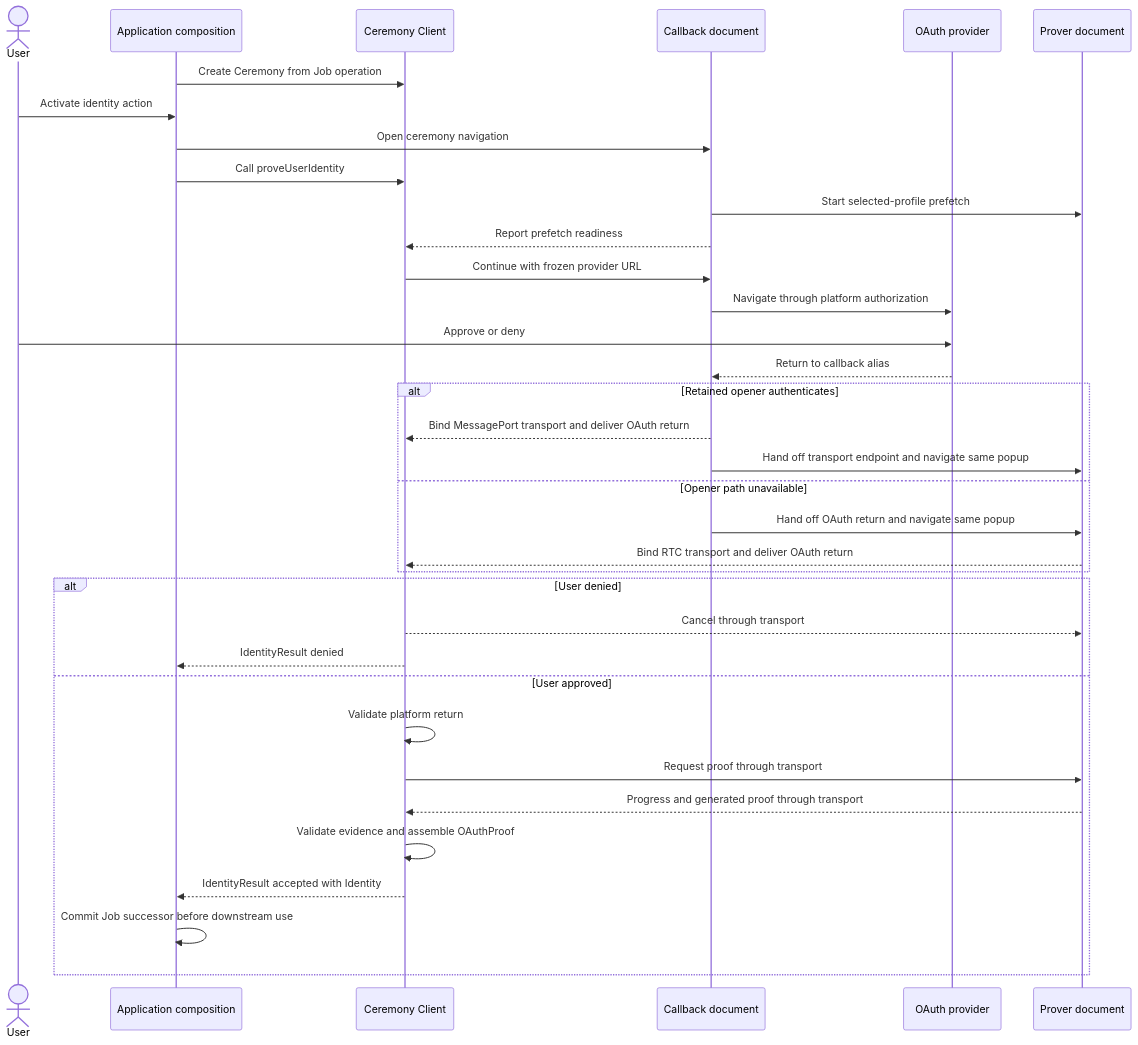
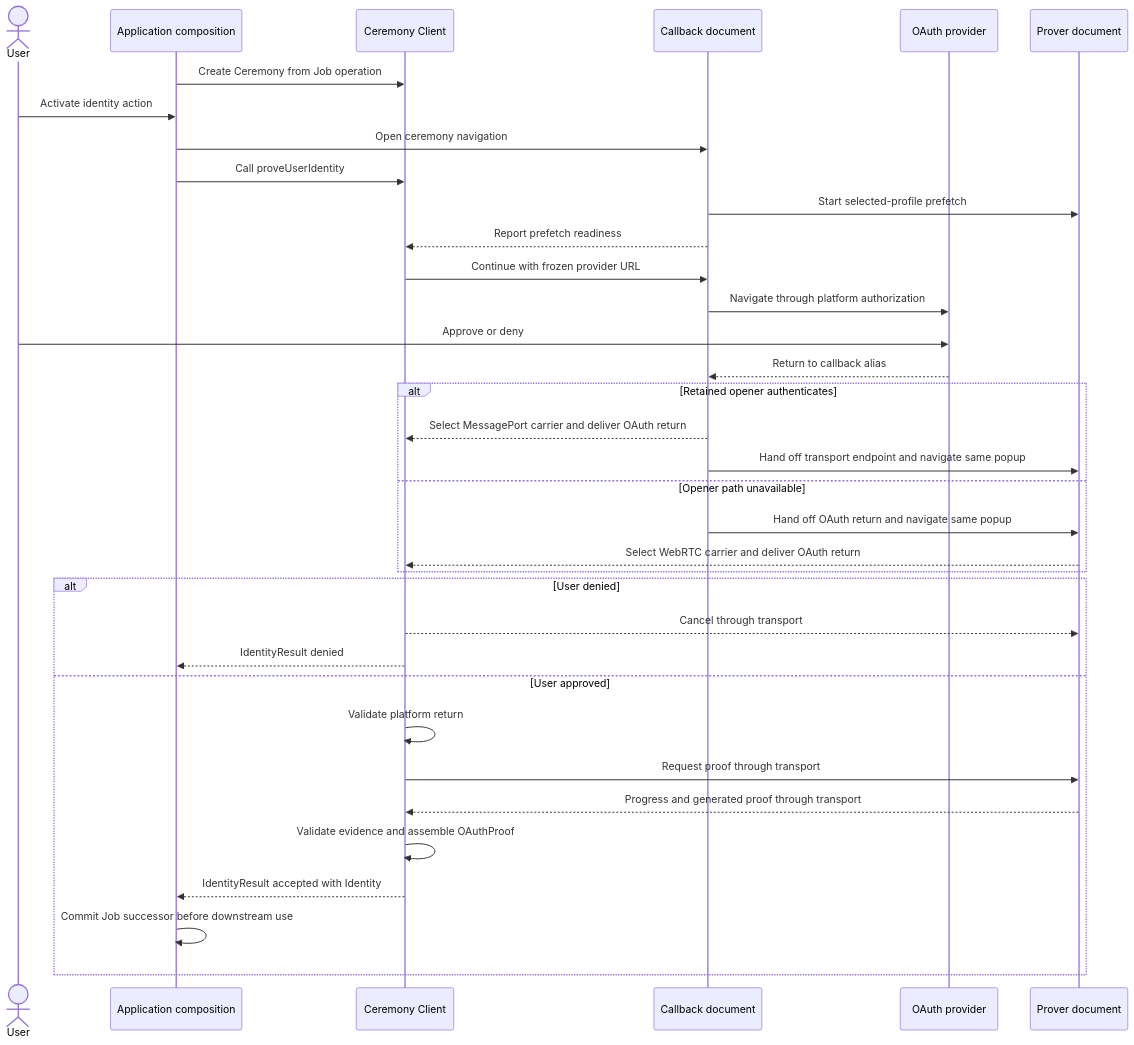
Before and after one commit to libid-org/libid: the diagram in ts/packages/ceremony/ARCHITECTURE.md, drawn with Mermaid. The commit also changed other lines of this file and 10 other files, not shown here.

````diff
--- a/ts/packages/ceremony/ARCHITECTURE.md
+++ b/ts/packages/ceremony/ARCHITECTURE.md
@@ -41,38 +43,38 @@
 ```mermaid
 sequenceDiagram
     actor U as User
     participant A as Application composition
     participant C as Ceremony Client
     participant P as Callback document
     participant O as OAuth provider
     participant R as Prover document
 
     A->>C: Create Ceremony from Job operation
     U->>A: Activate identity action
     A->>P: Open ceremony navigation
     A->>C: Call proveUserIdentity
     P->>R: Start selected-profile prefetch
     P-->>C: Report prefetch readiness
     C->>P: Continue with frozen provider URL
     P->>O: Navigate through platform authorization
     U->>O: Approve or deny
     O-->>P: Return to callback alias
     alt Retained opener authenticates
-        P-->>C: Bind MessagePort transport and deliver OAuth return
+        P-->>C: Select MessagePort carrier and deliver OAuth return
         P->>R: Hand off transport endpoint and navigate same popup
     else Opener path unavailable
         P->>R: Hand off OAuth return and navigate same popup
-        R-->>C: Bind RTC transport and deliver OAuth return
+        R-->>C: Select WebRTC carrier and deliver OAuth return
     end
     alt User denied
         C-->>R: Cancel through transport
         C-->>A: IdentityResult denied
     else User approved
         C->>C: Validate platform return
         C->>R: Request proof through transport
         R-->>C: Progress and generated proof through transport
         C->>C: Validate evidence and assemble OAuthProof
         C-->>A: IdentityResult accepted with Identity
         A->>A: Commit Job successor before downstream use
     end
 ```
````
